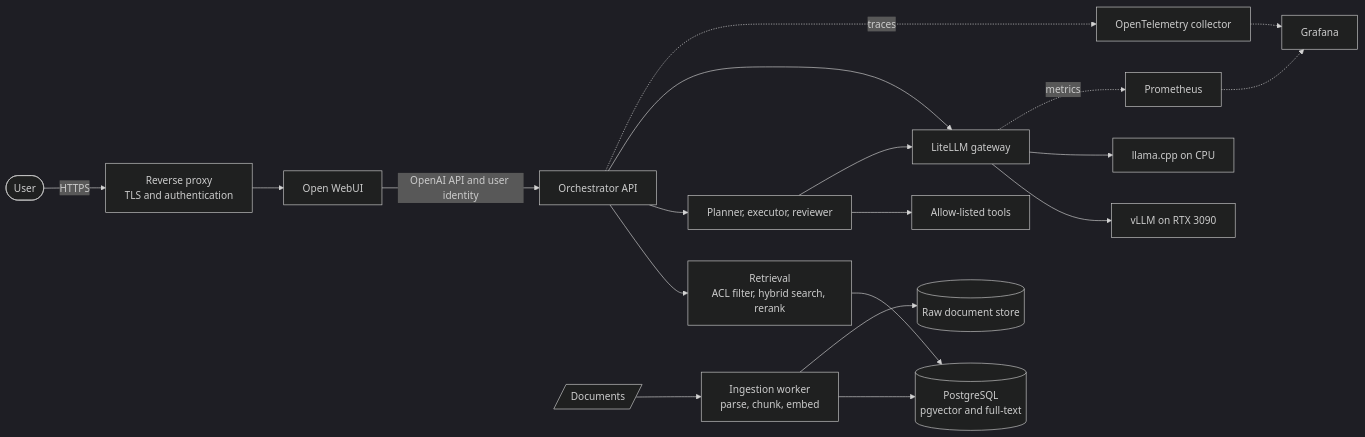
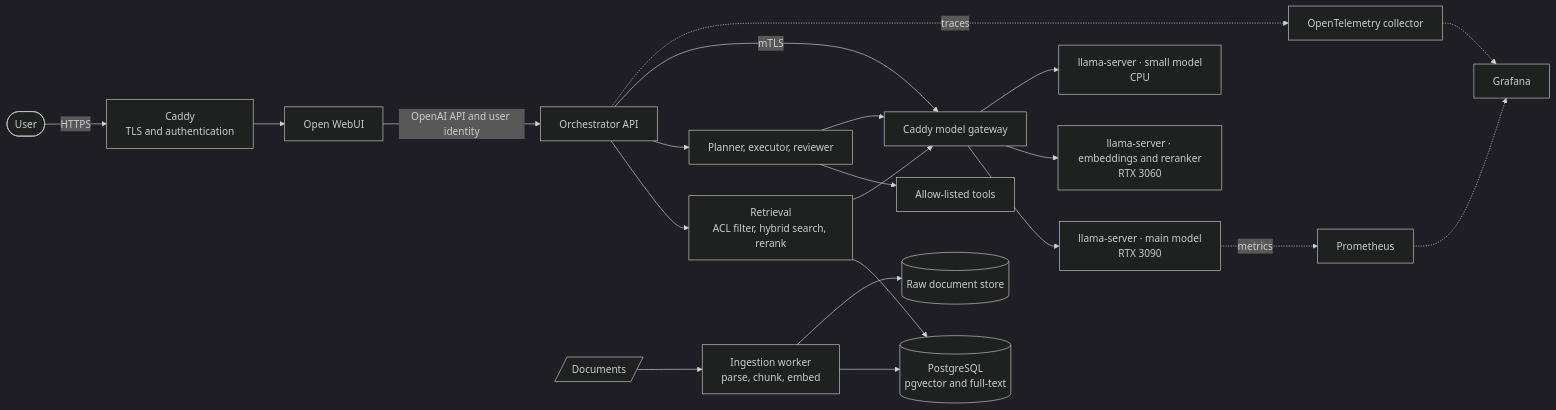
One commit to rem-lit/SummerAI changed the first of 2 diagrams in docs/architecture.md. Above: the diagram before and after it, drawn with Mermaid (dark theme). The commit also changed other lines of this file and 4 other files, not shown here.

First line of the commit message:
docs: align architecture, roadmap and README with the new decisions

````diff
--- a/docs/architecture.md
+++ b/docs/architecture.md
@@ -18,21 +18,23 @@
 ```mermaid
 flowchart LR
-    user([User]) -->|HTTPS| proxy[Reverse proxy<br/>TLS and authentication]
+    user([User]) -->|HTTPS| proxy[Caddy<br/>TLS and authentication]
     proxy --> ui[Open WebUI]
     ui -->|OpenAI API and user identity| orch[Orchestrator API]
     orch --> retr[Retrieval<br/>ACL filter, hybrid search, rerank]
     retr --> db[(PostgreSQL<br/>pgvector and full-text)]
     orch --> agents[Planner, executor, reviewer]
     agents --> tools[Allow-listed tools]
-    orch --> gw[LiteLLM gateway]
+    orch -->|mTLS| gw[Caddy model gateway]
     agents --> gw
-    gw --> vllm[vLLM on RTX 3090]
-    gw --> cpp[llama.cpp on CPU]
+    retr --> gw
+    gw --> llm[llama-server · main model<br/>RTX 3090]
+    gw --> emb[llama-server · embeddings and reranker<br/>RTX 3060]
+    gw --> cpp[llama-server · small model<br/>CPU]
     src[/Documents/] --> ingest[Ingestion worker<br/>parse, chunk, embed]
     ingest --> db
     ingest --> raw[(Raw document store)]
     orch -.->|traces| otel[OpenTelemetry collector]
-    gw -.->|metrics| prom[Prometheus]
+    llm -.->|metrics| prom[Prometheus]
     otel -.-> grafana[Grafana]
     prom -.-> grafana
 ```
````
